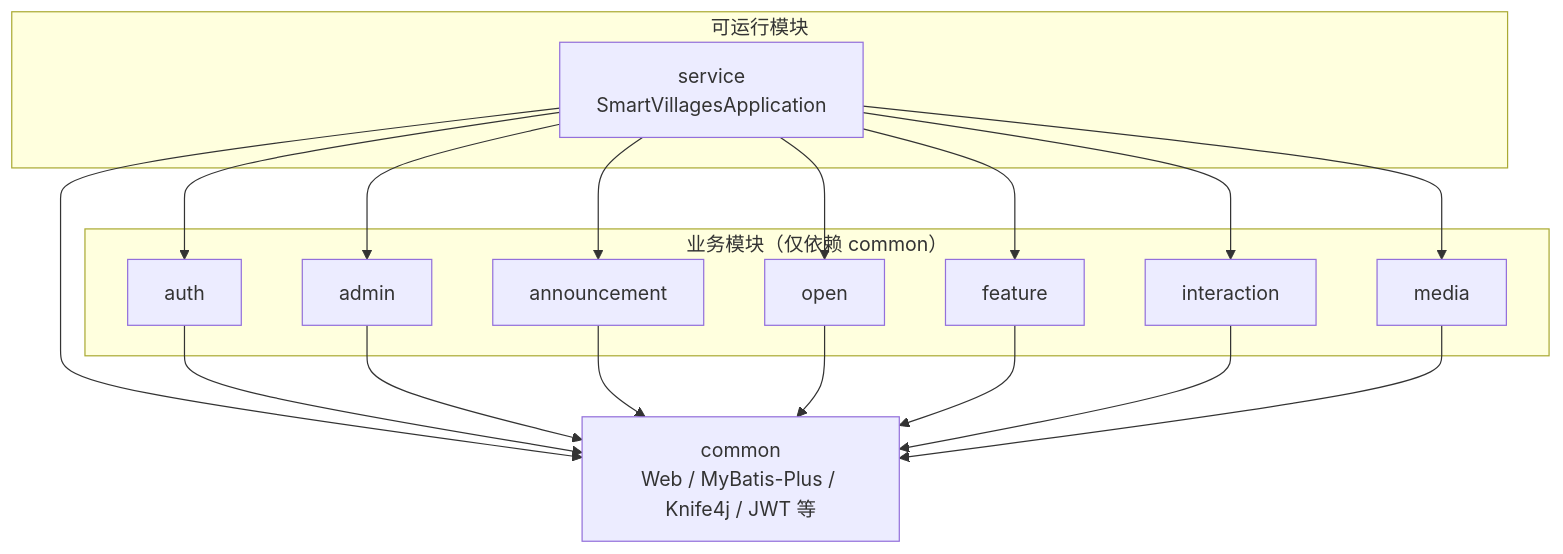
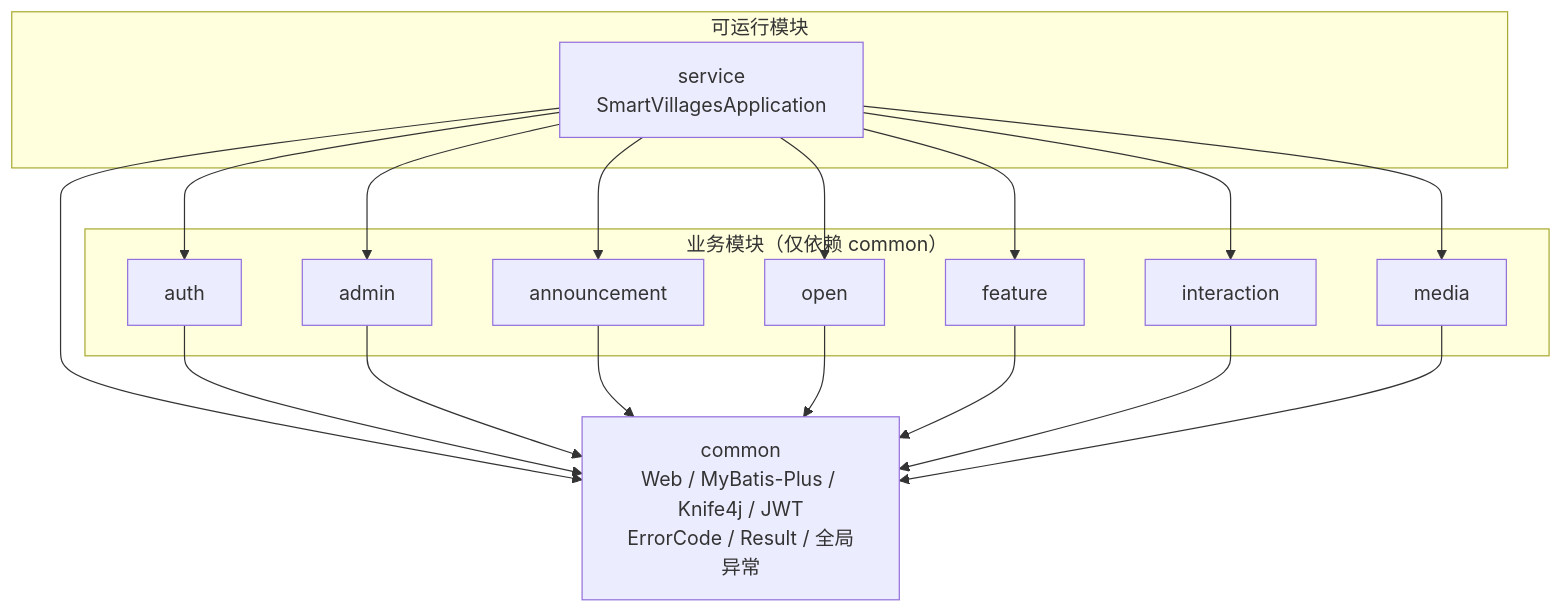
One commit to RecursiveEcho/smartVillage changed the diagram in README.md. Above: the diagram before and after it, drawn with Mermaid. The commit also changed other lines of this file and 13 other files, not shown here.

````diff
--- a/README.md
+++ b/README.md
@@ -202,35 +211,35 @@
 ```mermaid
 flowchart TB
     subgraph runtime["可运行模块"]
         S[service<br/>SmartVillagesApplication]
     end
 
     subgraph libs["业务模块（仅依赖 common）"]
         A[auth]
         D[admin]
         N[announcement]
         O[open]
         F[feature]
         I[interaction]
         M[media]
     end
 
-    C[common<br/>Web / MyBatis-Plus / Knife4j / JWT 等]
+    C[common<br/>Web / MyBatis-Plus / Knife4j / JWT<br/>ErrorCode / Result / 全局异常]
 
     S --> C
     S --> A
     S --> D
     S --> N
     S --> O
     S --> F
     S --> I
     S --> M
 
     A --> C
     D --> C
     N --> C
     O --> C
     F --> C
     I --> C
     M --> C
 ```
````
